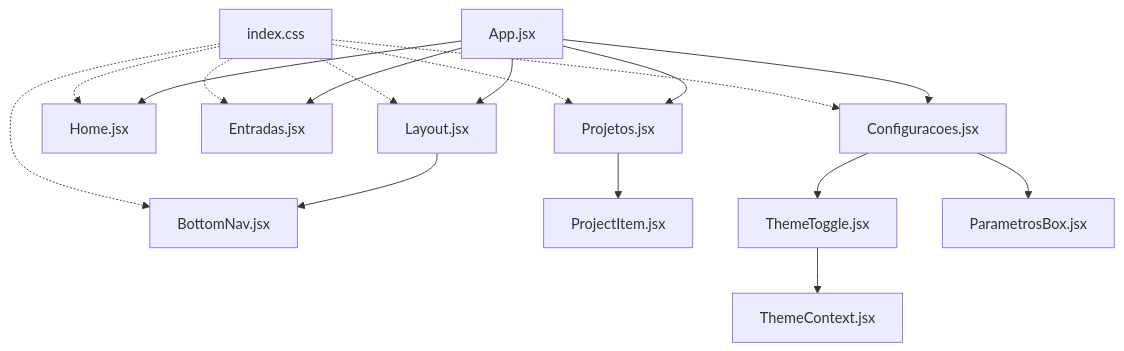
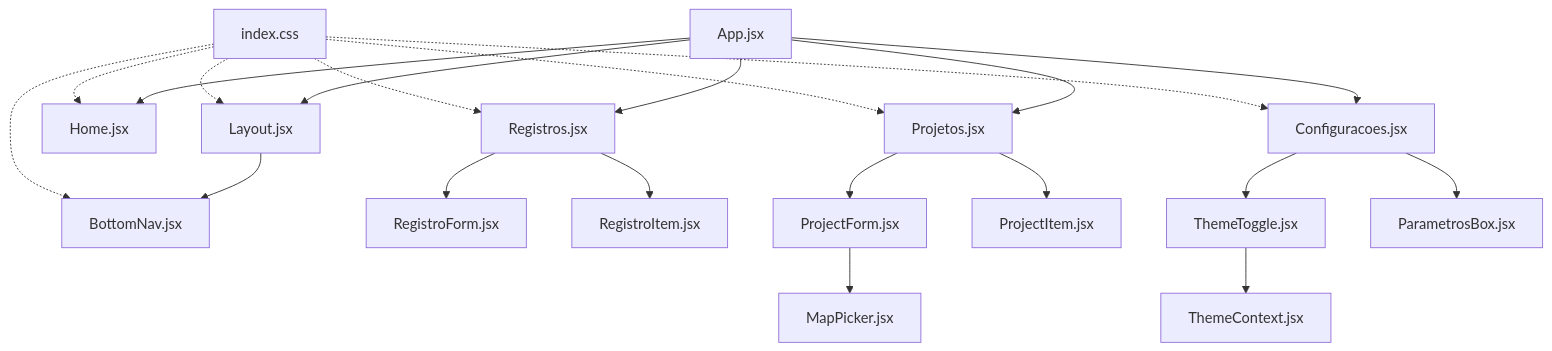
The first of 8 diagrams in .qoder/repowiki/en/content/Features & Pages/Features & Pages.md (RobertRuas/nordic-worklog), drawn with Mermaid before and after one commit. The commit also changed other lines of this file and 4 other files, not shown here.

````diff
--- a/.qoder/repowiki/en/content/Features & Pages/Features & Pages.md
+++ b/.qoder/repowiki/en/content/Features & Pages/Features & Pages.md
@@ -41,19 +44,23 @@
 ```mermaid
 graph TB
 App["App.jsx"] --> Layout["Layout.jsx"]
 Layout --> BottomNav["BottomNav.jsx"]
 App --> Home["Home.jsx"]
-App --> Entradas["Entradas.jsx"]
+App --> Registros["Registros.jsx"]
 App --> Projetos["Projetos.jsx"]
 App --> Configuracoes["Configuracoes.jsx"]
+Registros --> RegistroForm["RegistroForm.jsx"]
+Registros --> RegistroItem["RegistroItem.jsx"]
+Projetos --> ProjectForm["ProjectForm.jsx"]
 Projetos --> ProjectItem["ProjectItem.jsx"]
+ProjectForm --> MapPicker["MapPicker.jsx"]
 Configuracoes --> ThemeToggle["ThemeToggle.jsx"]
 Configuracoes --> ParametrosBox["ParametrosBox.jsx"]
 ThemeToggle --> ThemeContext["ThemeContext.jsx"]
 index_css["index.css"] -.-> Layout
 index_css -.-> BottomNav
 index_css -.-> Home
 index_css -.-> Projetos
-index_css -.-> Entradas
+index_css -.-> Registros
 index_css -.-> Configuracoes
 ```
````
